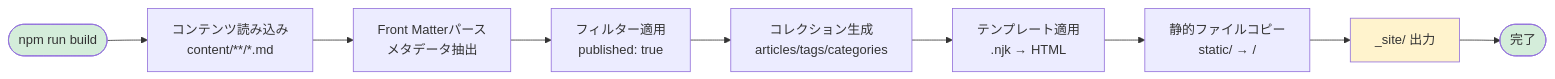
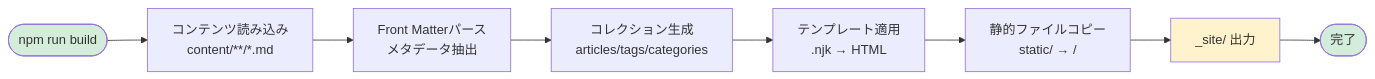
The fourth of 4 diagrams in docs/architecture/SYSTEM_ARCHITECTURE.md (kosyo1204/my-main-blog), drawn with Mermaid before and after one commit. The commit also changed other lines of this file and 1 other file, not shown here.

Commit message:
docs: refine architecture docs based on second review

````diff
--- a/docs/architecture/SYSTEM_ARCHITECTURE.md
+++ b/docs/architecture/SYSTEM_ARCHITECTURE.md
@@ -243,25 +243,23 @@
 ```mermaid
 flowchart LR
     START([npm run build])
     READ[コンテンツ読み込み<br/>content/**/*.md]
     PARSE[Front Matterパース<br/>メタデータ抽出]
-    FILTER[フィルター適用<br/>published: true]
     COLLECTION[コレクション生成<br/>articles/tags/categories]
     TEMPLATE[テンプレート適用<br/>.njk → HTML]
     COPY[静的ファイルコピー<br/>static/ → /]
     OUTPUT[_site/ 出力]
     END([完了])
 
     START --> READ
     READ --> PARSE
-    PARSE --> FILTER
-    FILTER --> COLLECTION
+    PARSE --> COLLECTION
     COLLECTION --> TEMPLATE
     TEMPLATE --> COPY
     COPY --> OUTPUT
     OUTPUT --> END
 
     style START fill:#d4edda
     style END fill:#d4edda
     style OUTPUT fill:#fff3cd
 ```
````
